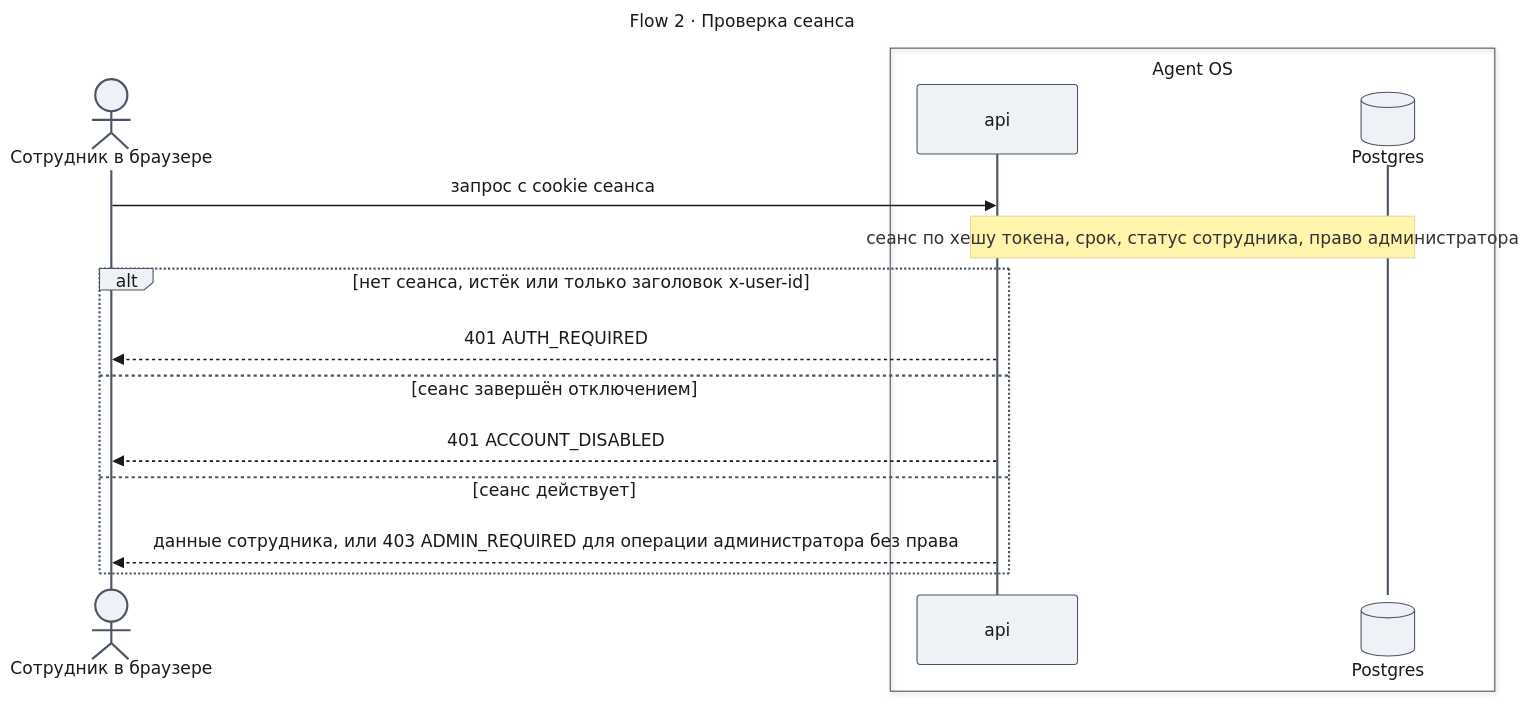
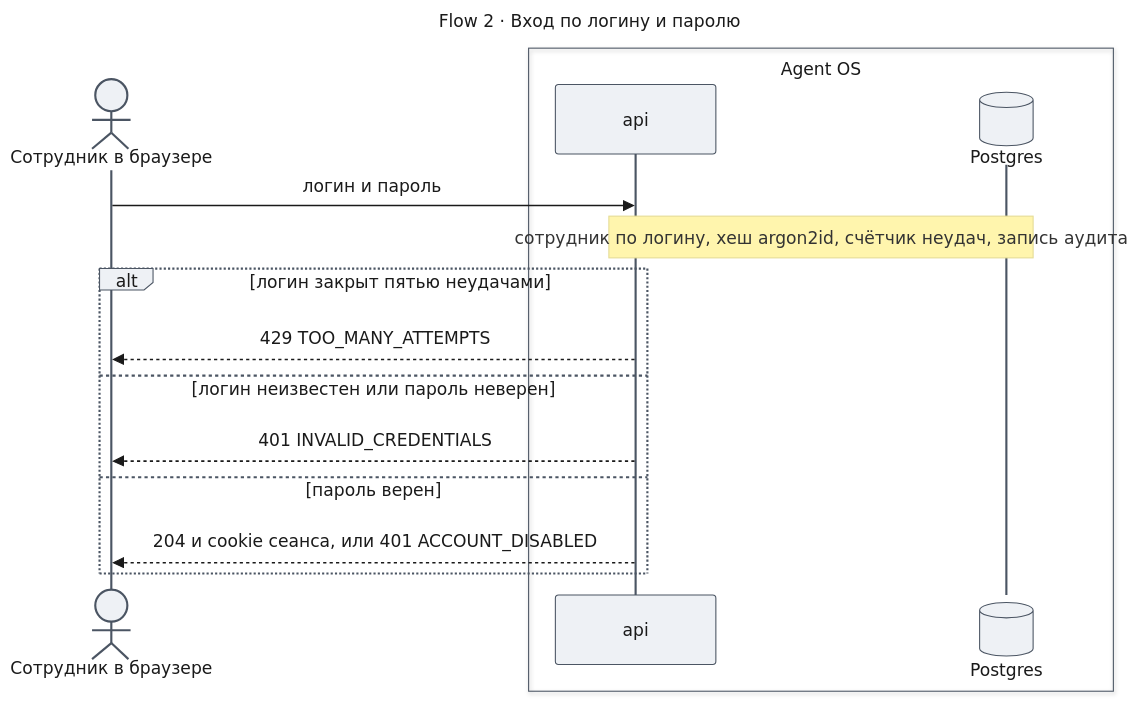
One commit to tundraray/agent-os changed the seventh of 10 diagrams in docs/features/enterprise-access/design-identity.md. Above: the diagram before and after it, drawn with Mermaid. The commit also changed other lines of this file and 4 other files, not shown here.

````diff
--- a/docs/features/enterprise-access/design-identity.md
+++ b/docs/features/enterprise-access/design-identity.md
@@ -578,34 +585,35 @@
 ```mermaid
 ---
-title: "Flow 2 · Проверка сеанса"
+title: "Flow 2 · Вход по логину и паролю"
 config:
   theme: base
   look: classic
   themeVariables:
     primaryColor: "#eef1f5"
     primaryBorderColor: "#4b5563"
     primaryTextColor: "#1a1a1a"
     lineColor: "#6b7280"
   themeCSS: |
-    @keyframes litr_f2{0%,22.5%{stroke:#1d4ed8;stroke-width:6px}25%,100%{stroke:#37474f;stroke-width:2px}}
-    .messageLine0[data-id='i0'],.messageLine1[data-id='i0']{animation:litr_f2 4.8s linear 0s infinite}
-    .messageLine0[data-id='i3'],.messageLine1[data-id='i3']{animation:litr_f2 4.8s linear 1.2s infinite}
-    .messageLine0[data-id='i5'],.messageLine1[data-id='i5']{animation:litr_f2 4.8s linear 2.4s infinite}
-    .messageLine0[data-id='i7'],.messageLine1[data-id='i7']{animation:litr_f2 4.8s linear 3.6s infinite}
+    @keyframes lit_f2p{0%,22.5%{stroke:#991b1b;stroke-width:6px}25%,100%{stroke:#37474f;stroke-width:2px}}
+    @keyframes litr_f2p{0%,22.5%{stroke:#1d4ed8;stroke-width:6px}25%,100%{stroke:#37474f;stroke-width:2px}}
+    .messageLine0[data-id='i0'],.messageLine1[data-id='i0']{animation:lit_f2p 4.8s linear 0s infinite}
+    .messageLine0[data-id='i3'],.messageLine1[data-id='i3']{animation:litr_f2p 4.8s linear 1.2s infinite}
+    .messageLine0[data-id='i5'],.messageLine1[data-id='i5']{animation:litr_f2p 4.8s linear 2.4s infinite}
+    .messageLine0[data-id='i7'],.messageLine1[data-id='i7']{animation:litr_f2p 4.8s linear 3.6s infinite}
 ---
 sequenceDiagram
     actor U as Сотрудник в браузере
     box Agent OS
     participant A as api
     participant DB@{ "type": "database" } as Postgres
     end
-    U->>A: запрос с cookie сеанса
-    Note over A,DB: сеанс по хешу токена, срок, статус сотрудника, право администратора
-    alt нет сеанса, истёк или только заголовок x-user-id
-        A-->>U: 401 AUTH_REQUIRED
-    else сеанс завершён отключением
-        A-->>U: 401 ACCOUNT_DISABLED
-    else сеанс действует
-        A-->>U: данные сотрудника, или 403 ADMIN_REQUIRED для операции администратора без права
+    U->>A: логин и пароль
+    Note over A,DB: сотрудник по логину, хеш argon2id, счётчик неудач, запись аудита
+    alt логин закрыт пятью неудачами
+        A-->>U: 429 TOO_MANY_ATTEMPTS
+    else логин неизвестен или пароль неверен
+        A-->>U: 401 INVALID_CREDENTIALS
+    else пароль верен
+        A-->>U: 204 и cookie сеанса, или 401 ACCOUNT_DISABLED
     end
 ```
````
